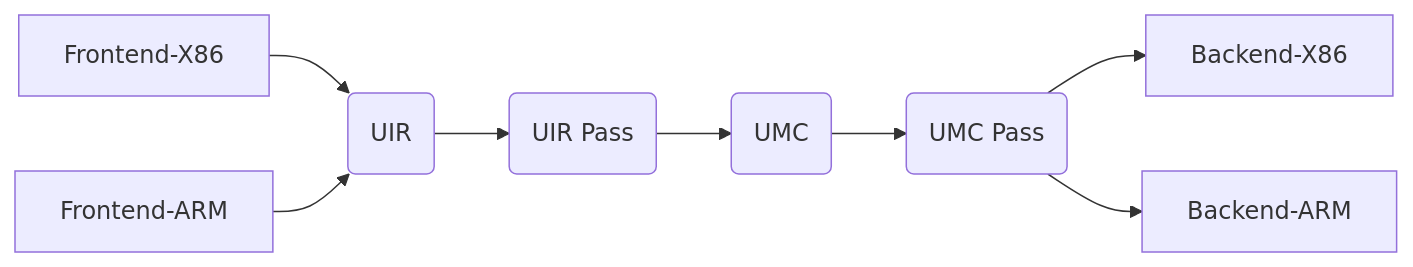
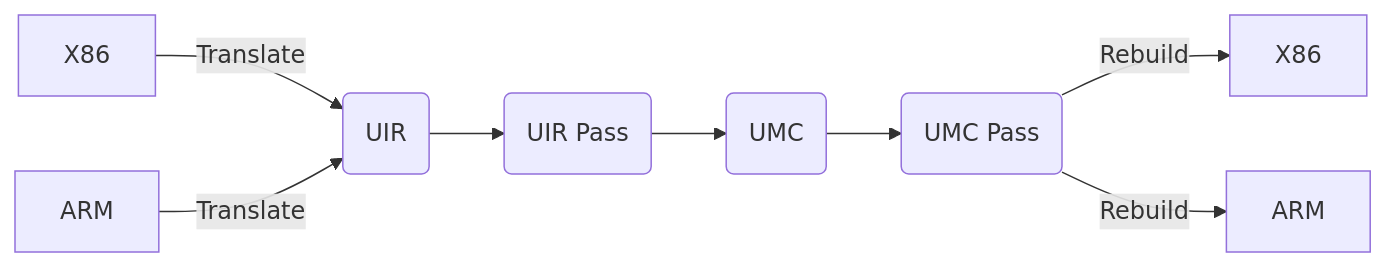
Before and after one commit to NewWorldComingSoon/UnknownRebuilder: the diagram in README.md, drawn with Mermaid.

````diff
--- a/README.md
+++ b/README.md
@@ -8,10 +8,10 @@
 ```mermaid
 flowchart LR
-A1[Frontend-X86] -->B(UIR)
-A2[Frontend-ARM] -->B(UIR)
+A1[X86] -->|Translate| B(UIR)
+A2[ARM] -->|Translate| B(UIR)
 B -->C(UIR Pass)
 C -->D(UMC)
 D -->E(UMC Pass)
-E -->F1[Backend-X86]
-E -->F2[Backend-ARM]
+E -->|Rebuild| F1[X86]
+E -->|Rebuild| F2[ARM]
 ```
````
